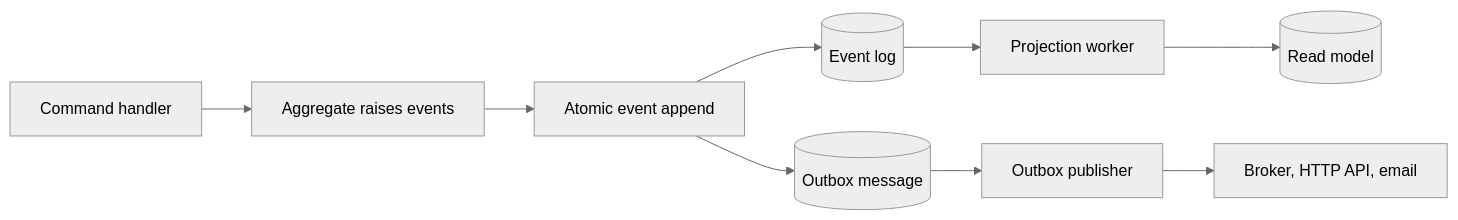
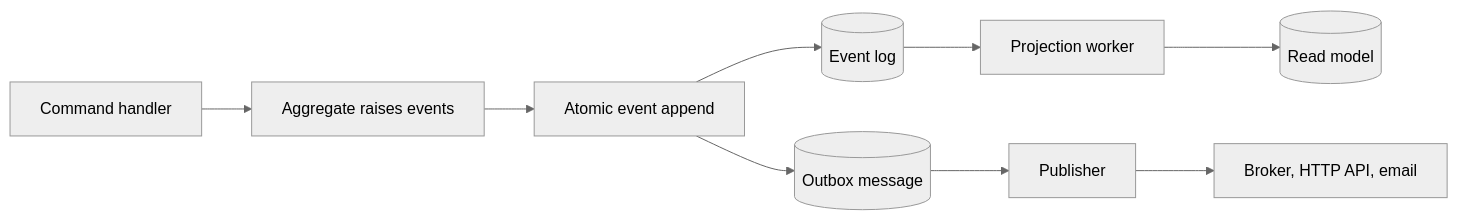
The diagram in docs/src/content/docs/concepts/delivery-model.md (danihengeveld/EventLoom), drawn with Mermaid (neutral theme) before and after one commit. The commit also changed other lines of this file and 193 other files, not shown here.

````diff
--- a/docs/src/content/docs/concepts/delivery-model.md
+++ b/docs/src/content/docs/concepts/delivery-model.md
@@ -10,11 +10,11 @@
 ```mermaid
 flowchart LR
     Command[Command handler] --> Aggregate[Aggregate raises events]
     Aggregate --> Append[Atomic event append]
     Append --> EventLog[(Event log)]
     Append --> Outbox[(Outbox message)]
     EventLog --> Projection[Projection worker]
     Projection --> ReadModel[(Read model)]
-    Outbox --> Publisher[Outbox publisher]
+    Outbox --> Publisher[Publisher]
     Publisher --> External[Broker, HTTP API, email]
 ```
````
